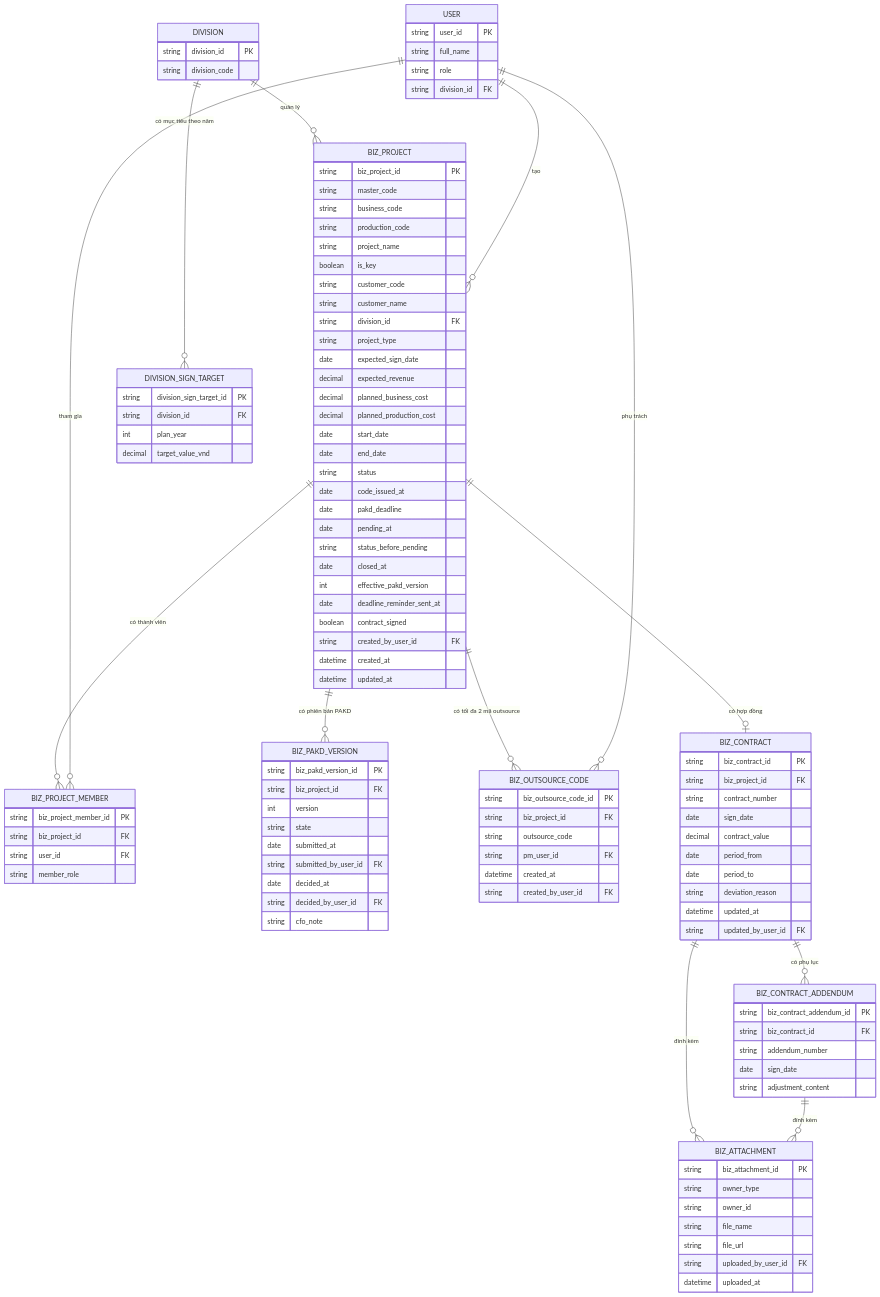
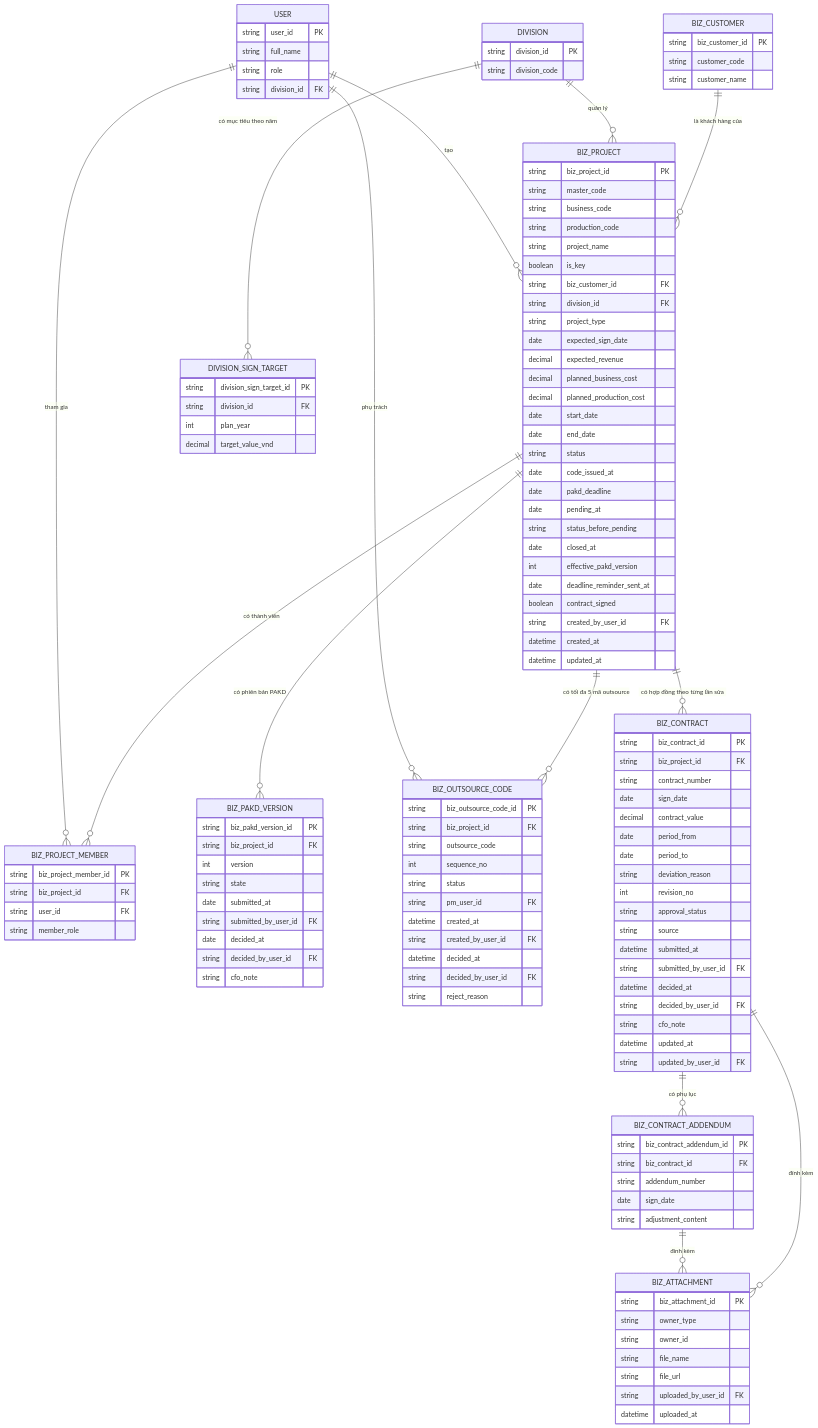
One commit to Aslan955/Timesheet changed the third of 4 diagrams in docs/srs/SRS_DanhSachDuAn.md. Above: the diagram before and after it, drawn with Mermaid. The commit also changed other lines of this file and 11 other files, not shown here.

````diff
--- a/docs/srs/SRS_DanhSachDuAn.md
+++ b/docs/srs/SRS_DanhSachDuAn.md
@@ -144,13 +152,14 @@
 ```mermaid
 erDiagram
+    BIZ_CUSTOMER ||--o{ BIZ_PROJECT : "là khách hàng của"
     DIVISION ||--o{ BIZ_PROJECT : "quản lý"
     USER ||--o{ BIZ_PROJECT : "tạo"
     BIZ_PROJECT ||--o{ BIZ_PROJECT_MEMBER : "có thành viên"
     USER ||--o{ BIZ_PROJECT_MEMBER : "tham gia"
     BIZ_PROJECT ||--o{ BIZ_PAKD_VERSION : "có phiên bản PAKD"
-    BIZ_PROJECT ||--o{ BIZ_OUTSOURCE_CODE : "có tối đa 2 mã outsource"
+    BIZ_PROJECT ||--o{ BIZ_OUTSOURCE_CODE : "có tối đa 5 mã outsource"
     USER ||--o{ BIZ_OUTSOURCE_CODE : "phụ trách"
-    BIZ_PROJECT ||--o| BIZ_CONTRACT : "có hợp đồng"
+    BIZ_PROJECT ||--o{ BIZ_CONTRACT : "có hợp đồng theo từng lần sửa"
     BIZ_CONTRACT ||--o{ BIZ_CONTRACT_ADDENDUM : "có phụ lục"
     BIZ_CONTRACT ||--o{ BIZ_ATTACHMENT : "đính kèm"
     BIZ_CONTRACT_ADDENDUM ||--o{ BIZ_ATTACHMENT : "đính kèm"
@@ -163,8 +172,7 @@
         string production_code
         string project_name
         boolean is_key
-        string customer_code
-        string customer_name
+        string biz_customer_id FK
         string division_id FK
         string project_type
         date expected_sign_date
@@ -210,9 +218,14 @@
         string biz_outsource_code_id PK
         string biz_project_id FK
         string outsource_code
+        int sequence_no
+        string status
         string pm_user_id FK
         datetime created_at
         string created_by_user_id FK
+        datetime decided_at
+        string decided_by_user_id FK
+        string reject_reason
     }
 
     BIZ_CONTRACT {
@@ -224,6 +237,14 @@
         date period_from
         date period_to
         string deviation_reason
+        int revision_no
+        string approval_status
+        string source
+        datetime submitted_at
+        string submitted_by_user_id FK
+        datetime decided_at
+        string decided_by_user_id FK
+        string cfo_note
         datetime updated_at
         string updated_by_user_id FK
     }
@@ -253,6 +274,12 @@
         decimal target_value_vnd
     }
 
+    BIZ_CUSTOMER {
+        string biz_customer_id PK
+        string customer_code
+        string customer_name
+    }
+
     DIVISION {
         string division_id PK
         string division_code
````
